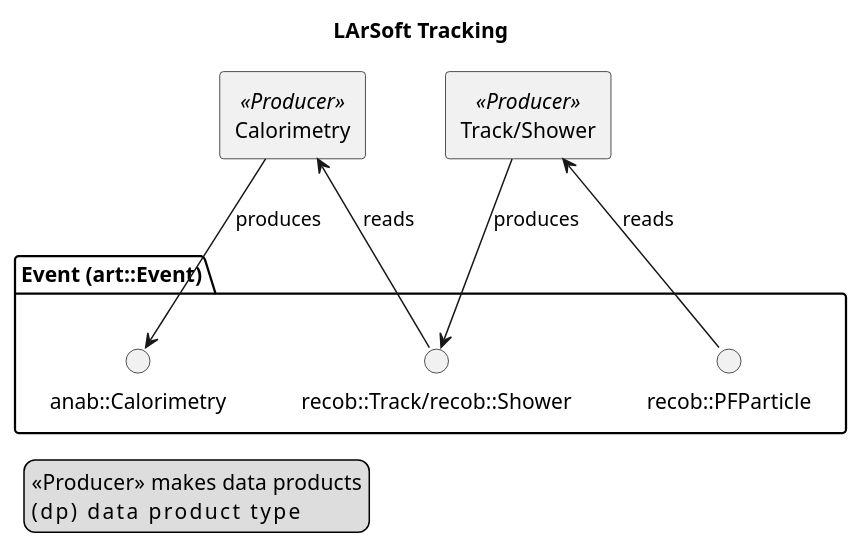
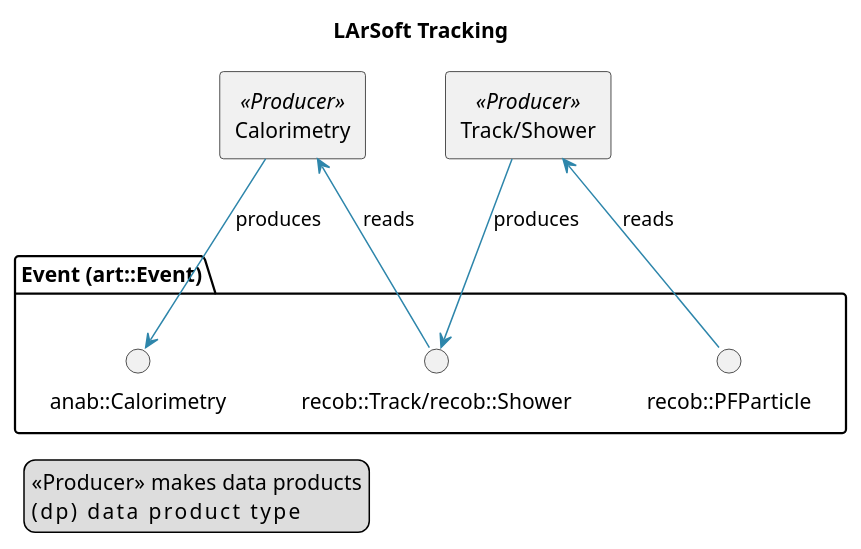
Before and after one commit to njlane314/workflow-diagrams: the diagram in docs/tracking.puml, drawn with PlantUML.

Commit message:
Update PlantUML parameters in tracking.puml

```diff
--- a/docs/tracking.puml
+++ b/docs/tracking.puml
@@ -1,35 +1,38 @@
 @startuml Tracking
+skinparam shadowing false
+skinparam defaultFontName Arial
+skinparam ArrowColor #2E86AB
 title LArSoft Tracking
 
 skinparam componentStyle rectangle
 skinparam stereotype {
   CBackgroundColor<<Producer>> #DFF5E1
   CBackgroundColor<<Filter>>   #FFEBD6
   CBackgroundColor<<Analyzer>> #E7E9FF
 }
 skinparam rectangle {
   BorderColor #888
   RoundCorner 8
 }
 
 legend left
   <<Producer>>  makes data products
   (dp)          data product type
 endlegend
 
 package "Event (art::Event)" {
   () "recob::PFParticle" as PF
   () "recob::Track/recob::Shower" as TrSh
   () "anab::Calorimetry" as Calo
 }
 
 component "Track/Shower" <<Producer>> as TrackShower
 component "Calorimetry"  <<Producer>> as CaloProd
 
 PF         -up-> TrackShower : reads
 TrackShower -down-> TrSh : produces
 
 TrSh     -up-> CaloProd : reads
 CaloProd -down-> Calo : produces
 
 @enduml
```
